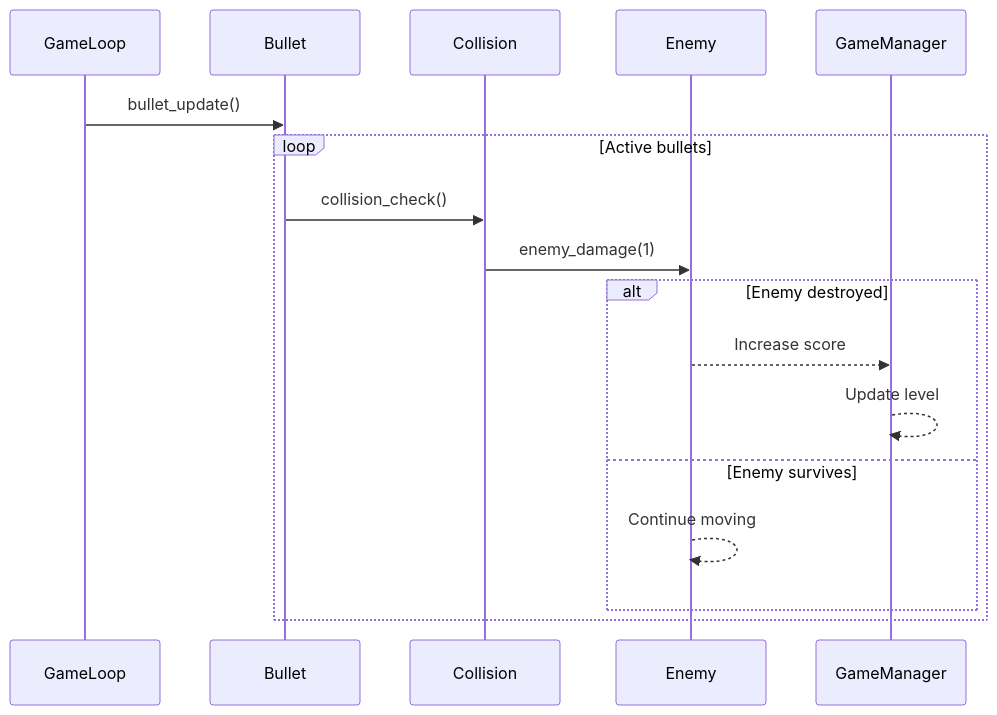
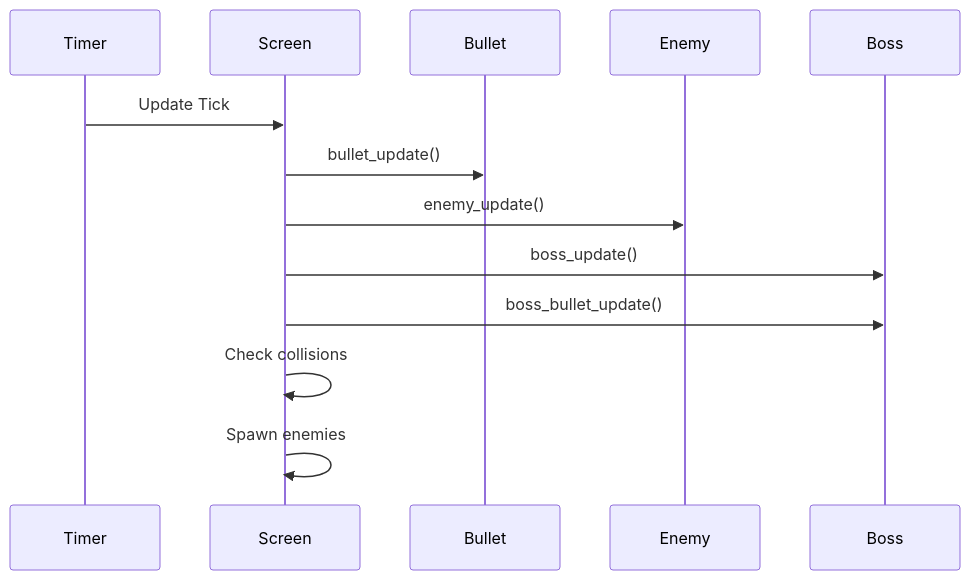
The sixth of 7 diagrams in application/docs/03-software-architecture.md (phihungnguyen1402-byte/Monster-Shooter_Game), drawn with Mermaid before and after one commit. The commit also changed other lines of this file, not shown here.

````diff
--- a/application/docs/03-software-architecture.md
+++ b/application/docs/03-software-architecture.md
@@ -151,31 +187,23 @@
 ```mermaid
 sequenceDiagram
 
-participant GameLoop
+participant Timer
+participant Screen
 participant Bullet
-participant Collision
 participant Enemy
-participant GameManager
+participant Boss
 
-GameLoop->>Bullet: bullet_update()
+Timer->>Screen: Update Tick
 
-loop Active bullets
+Screen->>Bullet: bullet_update()
 
-    Bullet->>Collision: collision_check()
+Screen->>Enemy: enemy_update()
 
-    Collision->>Enemy: enemy_damage(1)
+Screen->>Boss: boss_update()
 
-    alt Enemy destroyed
+Screen->>Boss: boss_bullet_update()
 
-        Enemy-->>GameManager: Increase score
+Screen->>Screen: Check collisions
 
-        GameManager-->>GameManager: Update level
-
-    else Enemy survives
-
-        Enemy-->>Enemy: Continue moving
-
-    end
-
-end
+Screen->>Screen: Spawn enemies
 ```
````
